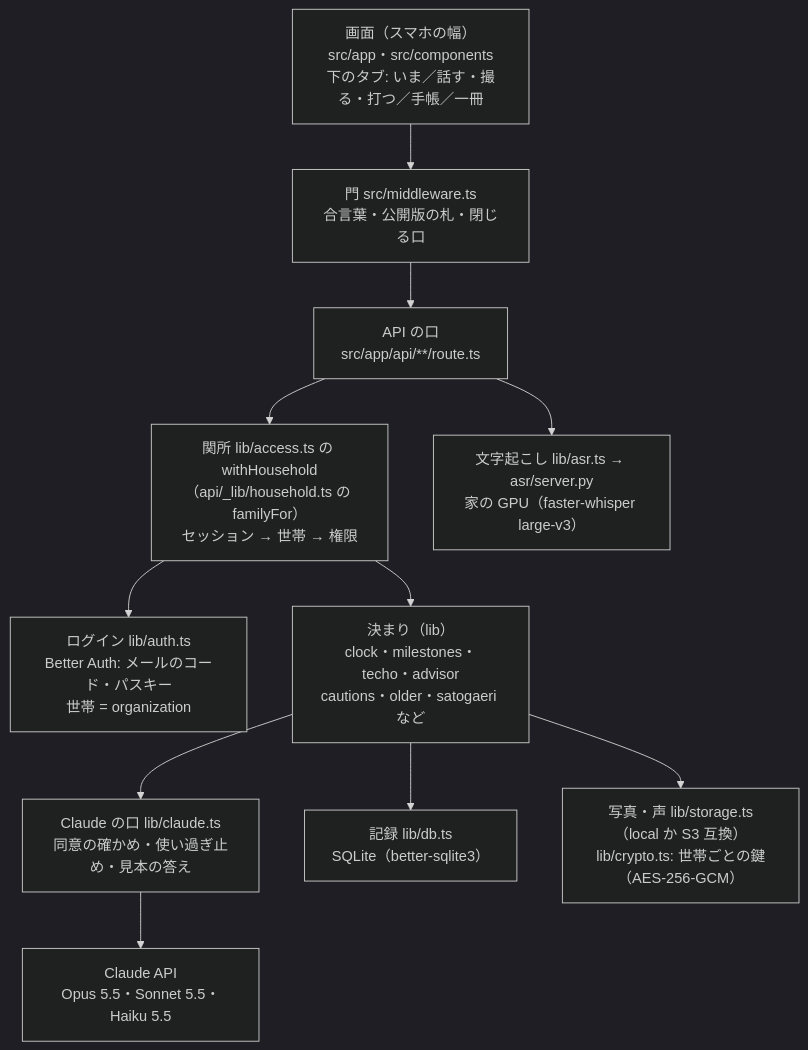
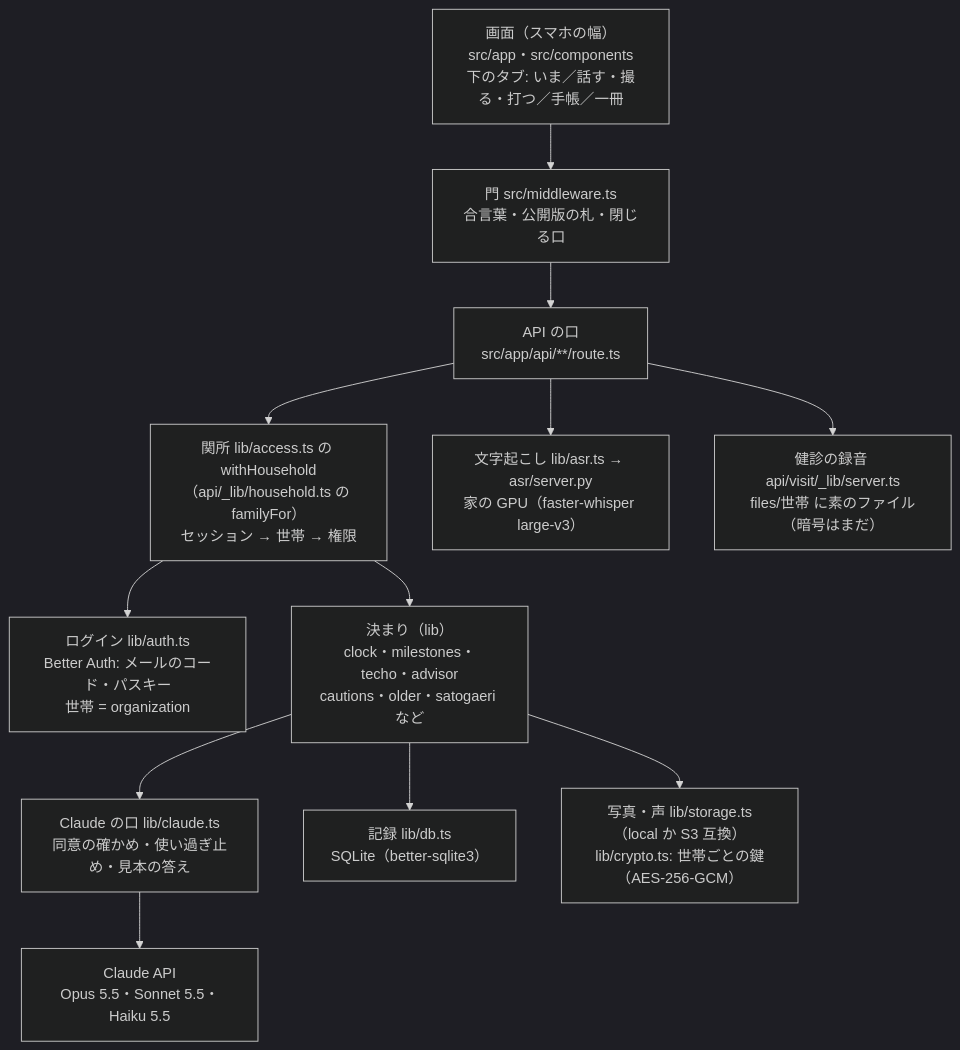
One commit to Kamicham/boshi-techo changed the diagram in docs/ARCHITECTURE.md. Above: the diagram before and after it, drawn with Mermaid (dark theme). The commit also changed other lines of this file and 9 other files, not shown here.

````diff
--- a/docs/ARCHITECTURE.md
+++ b/docs/ARCHITECTURE.md
@@ -7,21 +7,23 @@
 ```mermaid
 flowchart TD
   UI["画面（スマホの幅）<br/>src/app・src/components<br/>下のタブ: いま／話す・撮る・打つ／手帳／一冊"]
   MW["門 src/middleware.ts<br/>合言葉・公開版の札・閉じる口"]
   API["API の口<br/>src/app/api/**/route.ts"]
   GATE["関所 lib/access.ts の withHousehold<br/>（api/_lib/household.ts の familyFor）<br/>セッション → 世帯 → 権限"]
   AUTH["ログイン lib/auth.ts<br/>Better Auth: メールのコード・パスキー<br/>世帯 = organization"]
   RULES["決まり（lib）<br/>clock・milestones・techo・advisor<br/>cautions・older・satogaeri など"]
   CL["Claude の口 lib/claude.ts<br/>同意の確かめ・使い過ぎ止め・見本の答え"]
   ANT["Claude API<br/>Opus 5.5・Sonnet 5.5・Haiku 5.5"]
   DB["記録 lib/db.ts<br/>SQLite（better-sqlite3）"]
   ST["写真・声 lib/storage.ts（local か S3 互換）<br/>lib/crypto.ts: 世帯ごとの鍵（AES-256-GCM）"]
   ASR["文字起こし lib/asr.ts → asr/server.py<br/>家の GPU（faster-whisper large-v3）"]
+  VREC["健診の録音 api/visit/_lib/server.ts<br/>files/世帯 に素のファイル（暗号はまだ）"]
   UI --> MW --> API --> GATE
   GATE --> AUTH
   GATE --> RULES
   RULES --> DB
   RULES --> ST
   RULES --> CL --> ANT
   API --> ASR
+  API --> VREC
 ```
````
